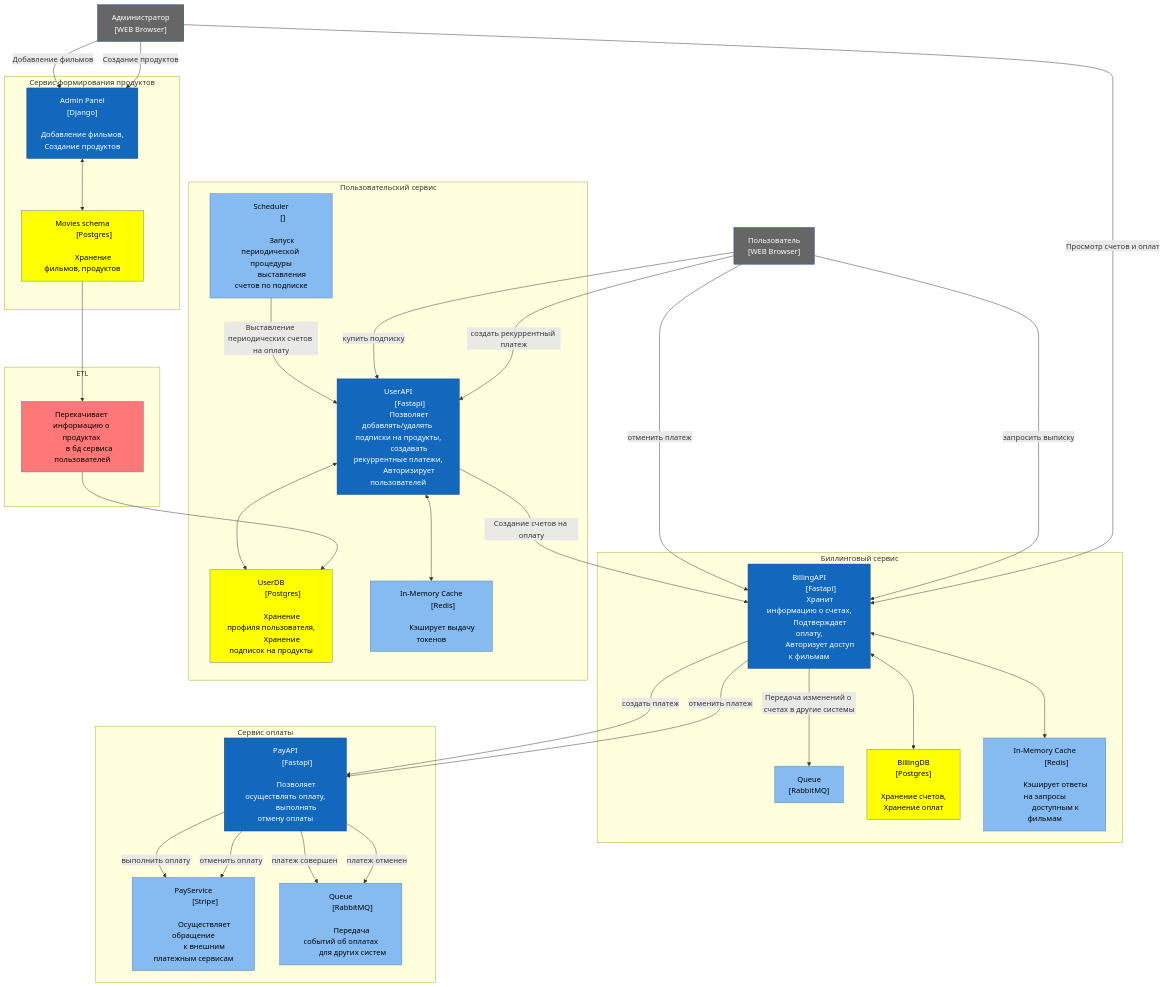
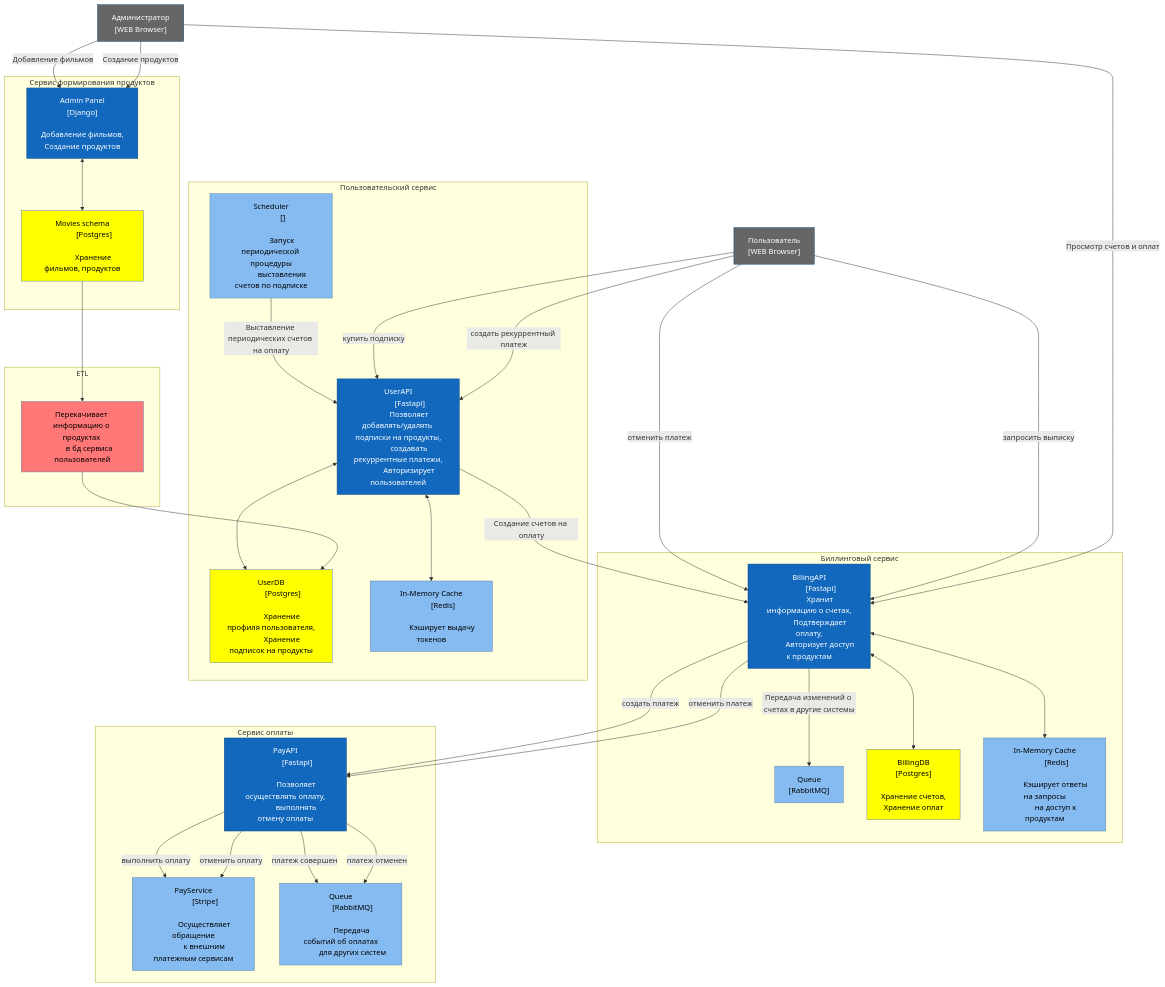
The diagram in architecture/components.md (fall3nangel/Billing_Stripe), drawn with Mermaid before and after one commit.

```diff
--- a/architecture/components.md
+++ b/architecture/components.md
@@ -43,7 +43,7 @@
             [Fastapi]
             Хранит информацию о счетах,
             Подтверждает оплату,
-            Авторизует доступ к фильмам
+            Авторизует доступ к продуктам
             "]
                     
         Queue2["Queue
@@ -61,7 +61,7 @@
             [Redis]
             
             Кэширует ответы на запросы
-            доступным к фильмам"]
+            на доступ к продуктам"]
         
         BillingAPI--"Передача изменений о счетах в другие системы"-->Queue2
         BillingAPI<-->BillingDB
```
